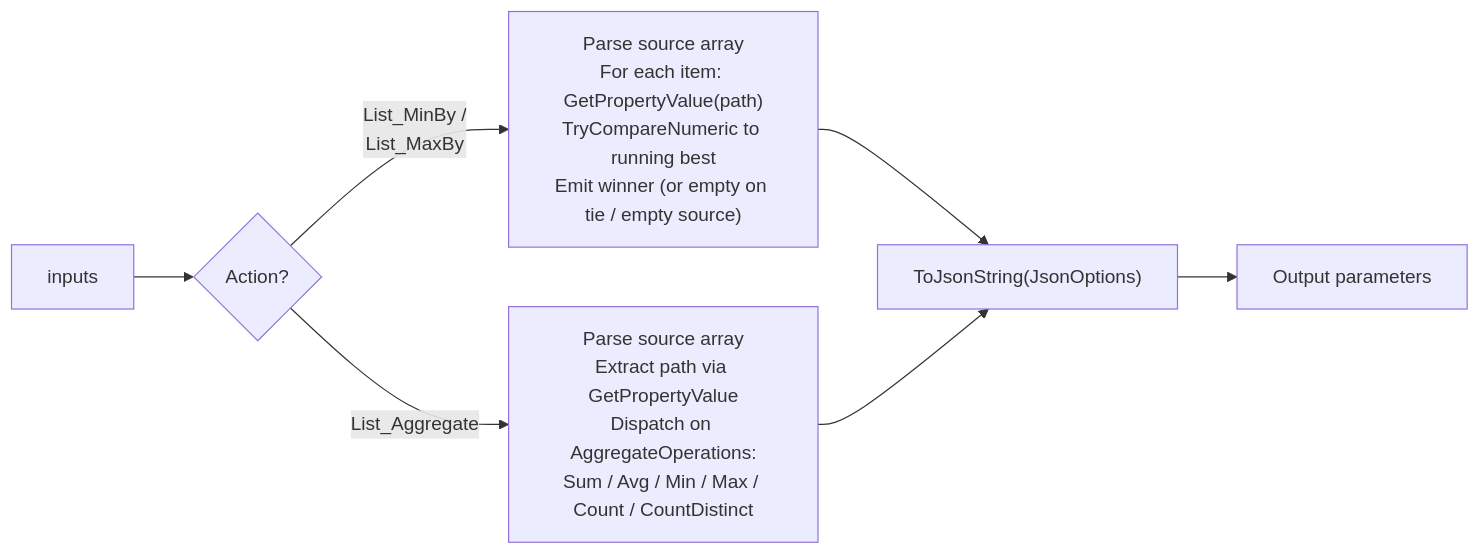
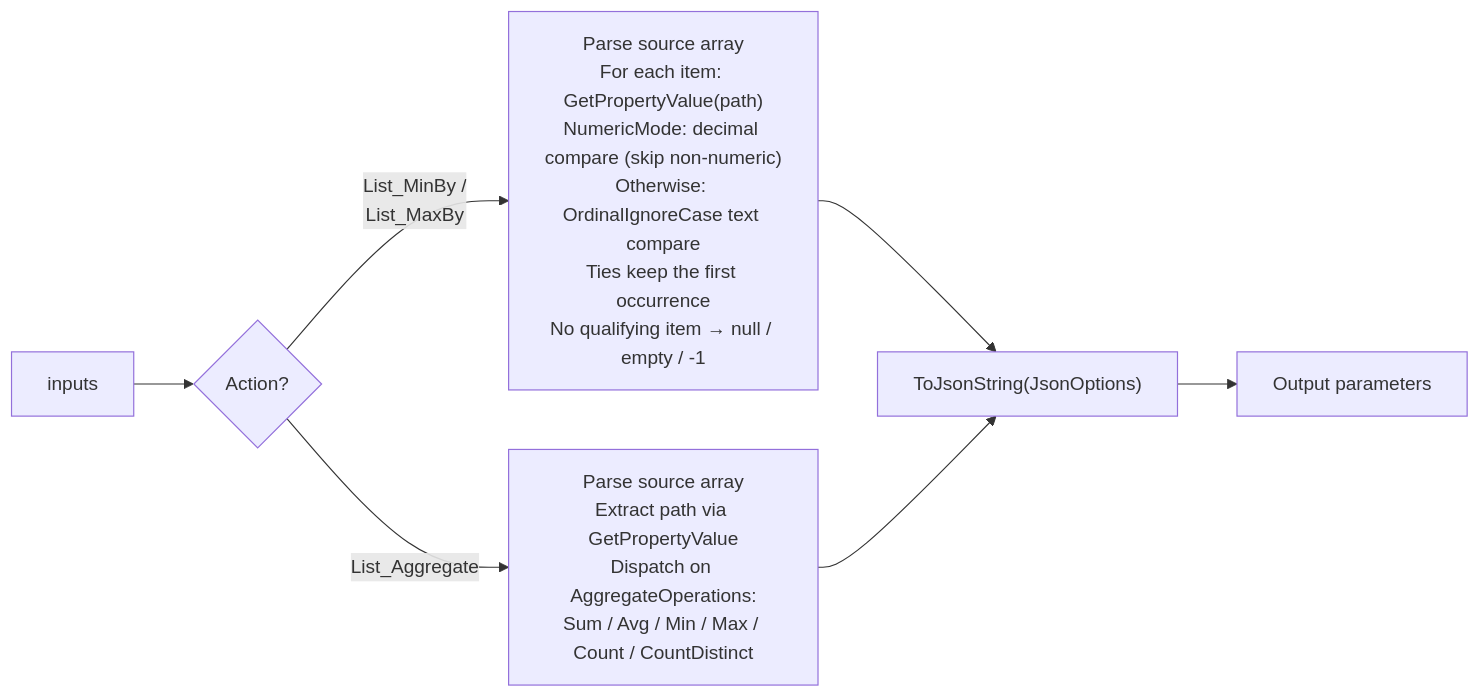
The fifth of 7 diagrams in ARCHITECTURE.md (alex-cres/OSListUtilsServerSide), drawn with Mermaid before and after one commit. The commit also changed other lines of this file and 15 other files, not shown here.

````diff
--- a/ARCHITECTURE.md
+++ b/ARCHITECTURE.md
@@ -165,9 +171,9 @@
 ```mermaid
 flowchart LR
     In[inputs] --> Type{Action?}
-    Type -->|List_MinBy /<br/>List_MaxBy| MinMax["Parse source array<br/>For each item: GetPropertyValue(path)<br/>TryCompareNumeric to running best<br/>Emit winner (or empty on tie / empty source)"]
+    Type -->|List_MinBy /<br/>List_MaxBy| MinMax["Parse source array<br/>For each item: GetPropertyValue(path)<br/>NumericMode: decimal compare (skip non-numeric)<br/>Otherwise: OrdinalIgnoreCase text compare<br/>Ties keep the first occurrence<br/>No qualifying item → null / empty / -1"]
     Type -->|List_Aggregate| Agg["Parse source array<br/>Extract path via GetPropertyValue<br/>Dispatch on AggregateOperations:<br/>Sum / Avg / Min / Max / Count / CountDistinct"]
     MinMax --> Serialize["ToJsonString(JsonOptions)"]
     Agg --> Serialize
     Serialize --> Out[Output parameters]
 ```
````
